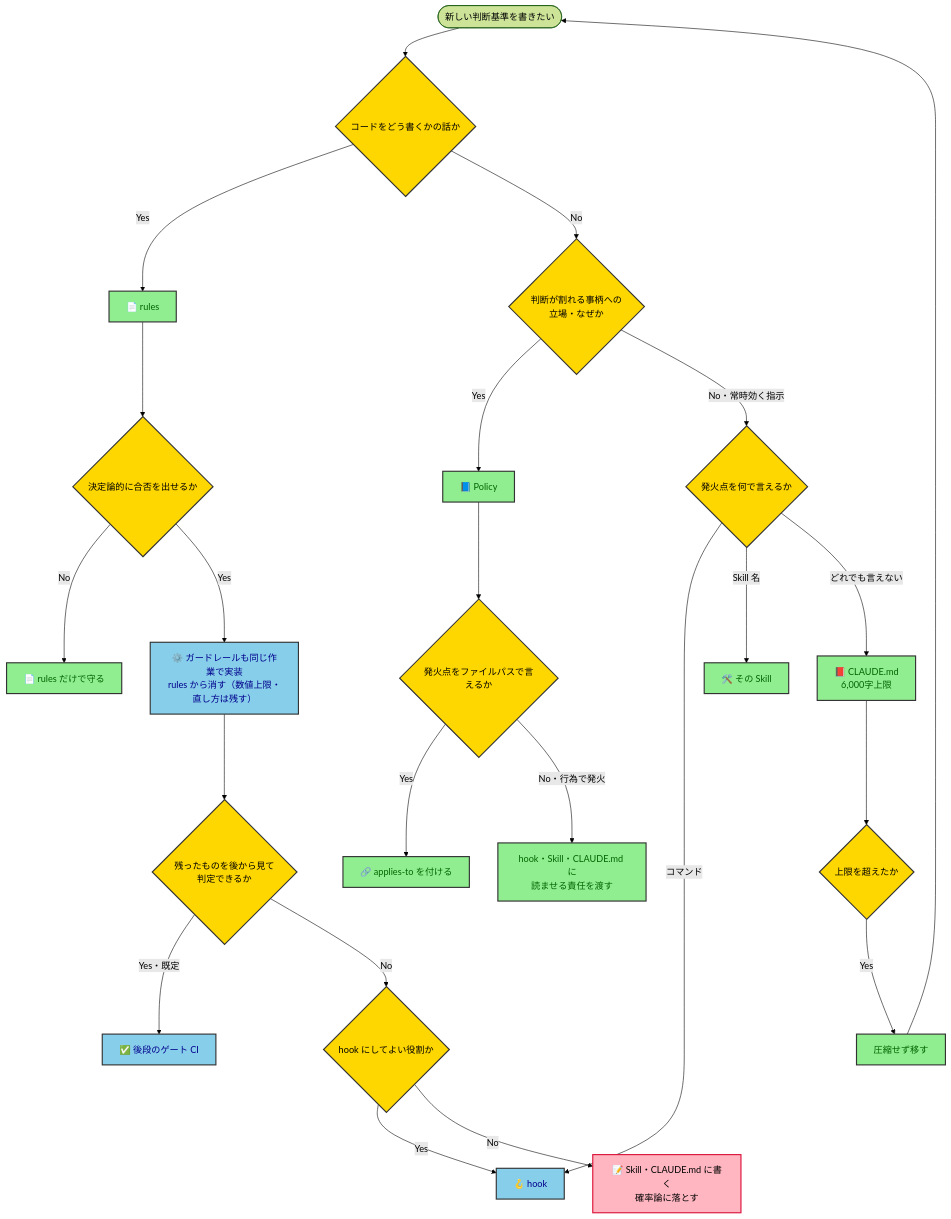
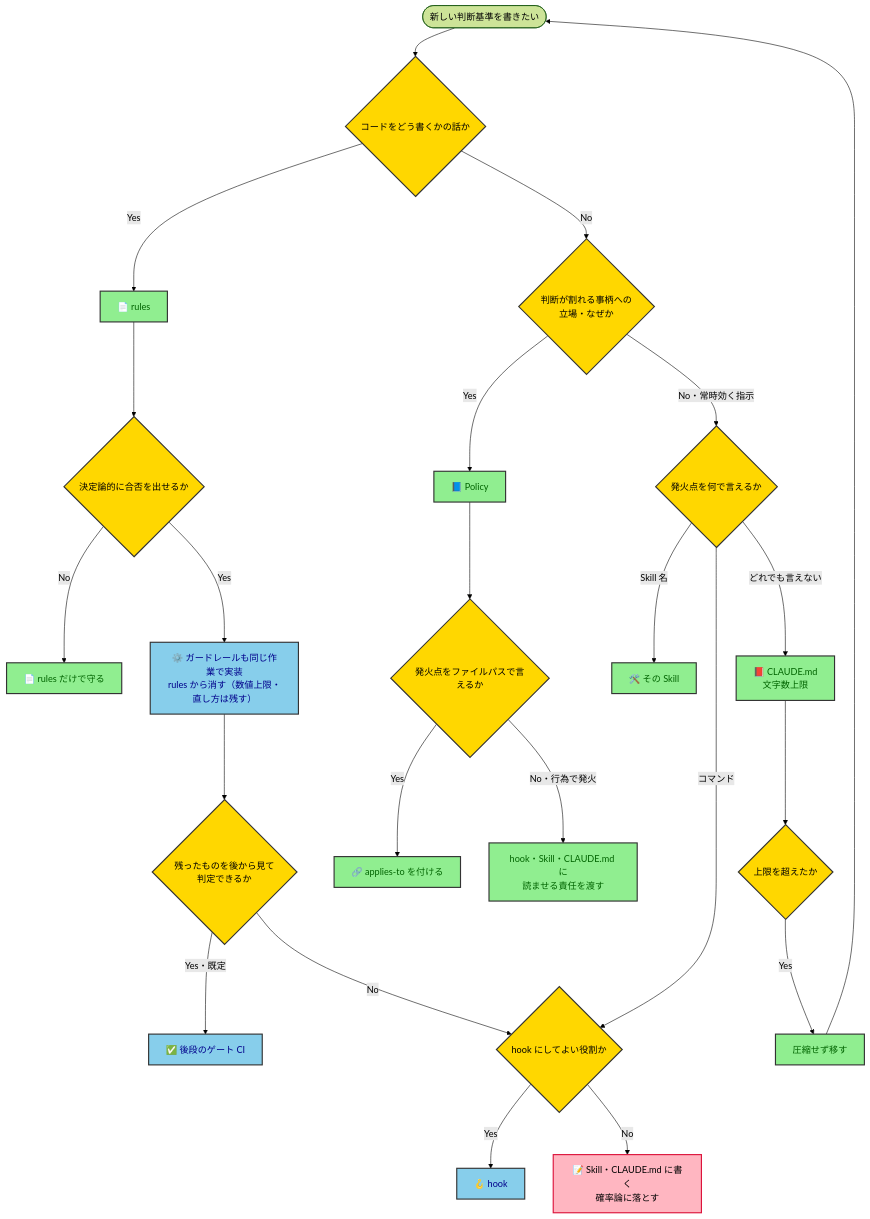
Before and after one commit to kasiopeiya/claude-dev-template: the diagram in docs/policy/policy-driven-development-policy.md, drawn with Mermaid (forest theme). The commit also changed other lines of this file and 1 other file, not shown here.

````diff
--- a/docs/policy/policy-driven-development-policy.md
+++ b/docs/policy/policy-driven-development-policy.md
@@ -54,41 +54,41 @@
 ```mermaid
 flowchart TD
     Start(["新しい判断基準を書きたい"]) --> Q1{"コードをどう書くかの話か"}
 
     Q1 -->|Yes| Rules["📄 rules"]
     Q1 -->|No| Q2{"判断が割れる事柄への<br/>立場・なぜか"}
 
     Rules --> Q3{"決定論的に合否を出せるか"}
     Q3 -->|No| RulesOnly["📄 rules だけで守る"]
     Q3 -->|Yes| Guard["⚙️ ガードレールも同じ作業で実装<br/>rules から消す（数値上限・直し方は残す）"]
 
     Guard --> Q4{"残ったものを後から見て<br/>判定できるか"}
     Q4 -->|"Yes・既定"| CI["✅ 後段のゲート CI"]
     Q4 -->|No| Q5{"hook にしてよい役割か"}
     Q5 -->|Yes| Hook["🪝 hook"]
     Q5 -->|No| Prose["📝 Skill・CLAUDE.md に書く<br/>確率論に落とす"]
 
     Q2 -->|Yes| Policy["📘 Policy"]
     Q2 -->|"No・常時効く指示"| Q7{"発火点を何で言えるか"}
 
     Policy --> Q6{"発火点をファイルパスで言えるか"}
     Q6 -->|Yes| Applies["🔗 applies-to を付ける"]
     Q6 -->|"No・行為で発火"| NoApplies["hook・Skill・CLAUDE.md に<br/>読ませる責任を渡す"]
 
-    Q7 -->|コマンド| Hook
+    Q7 -->|コマンド| Q5
     Q7 -->|"Skill 名"| SkillPlace["🛠️ その Skill"]
-    Q7 -->|"どれでも言えない"| Claude["📕 CLAUDE.md<br/>6,000字上限"]
+    Q7 -->|"どれでも言えない"| Claude["📕 CLAUDE.md<br/>文字数上限"]
     Claude --> Q8{"上限を超えたか"}
     Q8 -->|Yes| Move["圧縮せず移す"]
     Move --> Start
 
     classDef decision fill:#FFD700,stroke:#333,stroke-width:2px,color:black
     classDef place fill:#90EE90,stroke:#333,stroke-width:2px,color:darkgreen
     classDef machine fill:#87CEEB,stroke:#333,stroke-width:2px,color:darkblue
     classDef weak fill:#FFB6C1,stroke:#DC143C,stroke-width:2px,color:black
 
     class Q1,Q2,Q3,Q4,Q5,Q6,Q7,Q8 decision
     class Rules,RulesOnly,Policy,Applies,NoApplies,SkillPlace,Claude,Move place
     class Guard,CI,Hook machine
     class Prose weak
 ```
````
